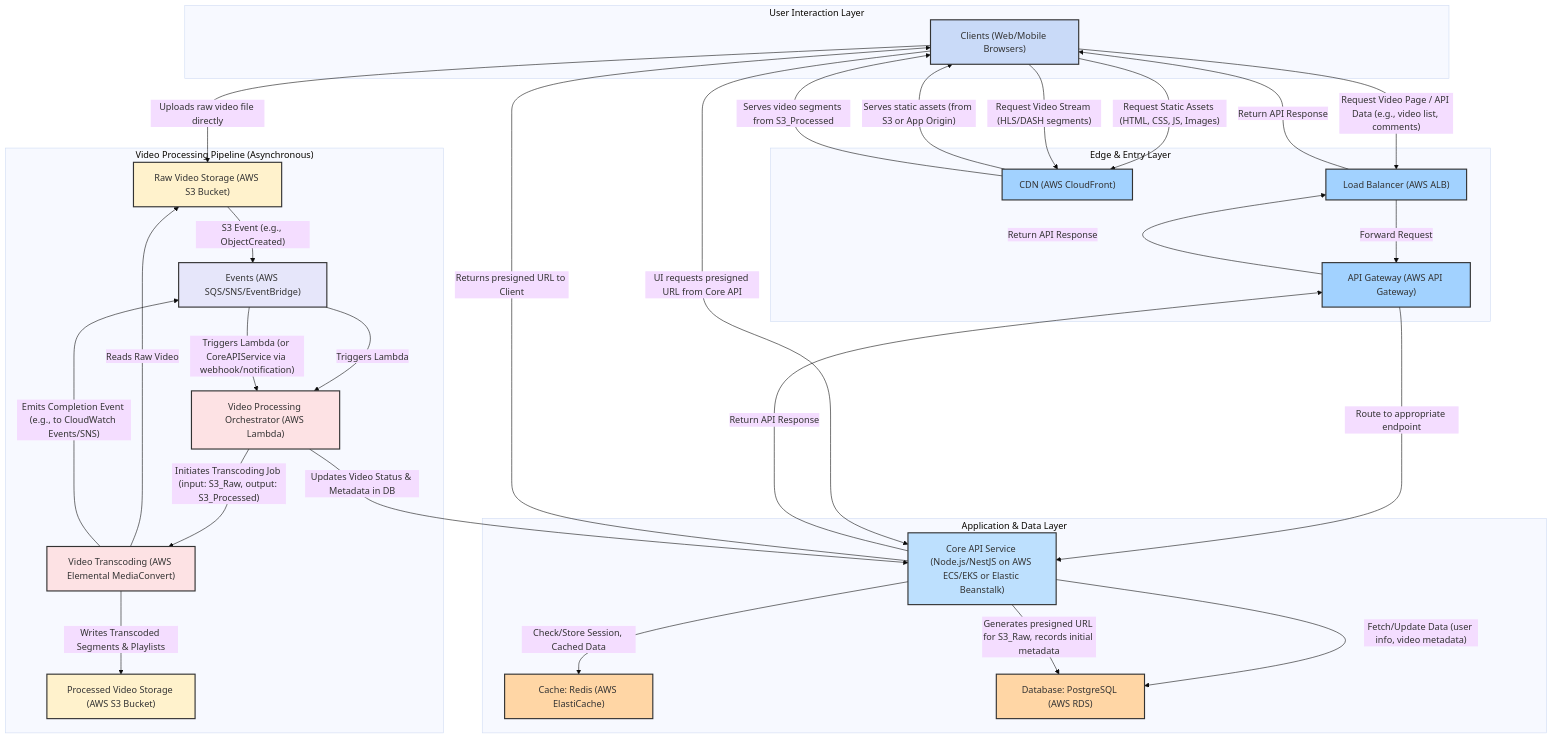
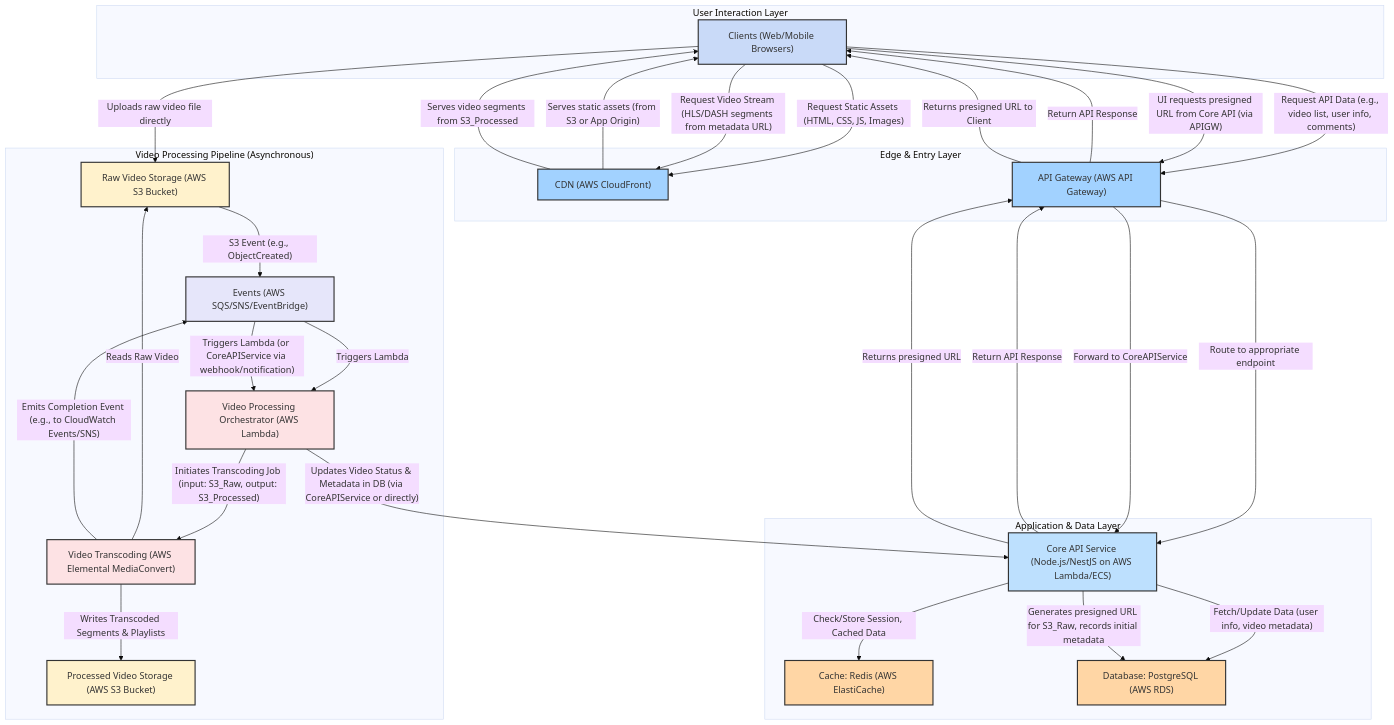
Before and after one commit to markjtang/system-design-assessment: the diagram in system-design.mmd, drawn with Mermaid (base theme).

Commit message:
removed Load balancer from design

```diff
--- a/system-design.mmd
+++ b/system-design.mmd
@@ -1,73 +1,73 @@
 graph TD
     subgraph "User Interaction Layer"
         Client["Clients (Web/Mobile Browsers)"]
     end
 
     subgraph "Edge & Entry Layer"
         CDN["CDN (AWS CloudFront)"]
-        LB["Load Balancer (AWS ALB)"]
         APIGW["API Gateway (AWS API Gateway)"]
     end
 
     subgraph "Application & Data Layer"
-        CoreAPIService["Core API Service (Node.js/NestJS on AWS ECS/EKS or Elastic Beanstalk)"]
+        CoreAPIService["Core API Service (Node.js/NestJS on AWS Lambda/ECS)"]
         Cache["Cache: Redis (AWS ElastiCache)"]
         DB["Database: PostgreSQL (AWS RDS)"]
     end
 
     subgraph "Video Processing Pipeline (Asynchronous)"
         S3_Raw["Raw Video Storage (AWS S3 Bucket)"]
         S3_Processed["Processed Video Storage (AWS S3 Bucket)"]
         VideoProcessingOrchestrator["Video Processing Orchestrator (AWS Lambda)"]
         MediaConvertService["Video Transcoding (AWS Elemental MediaConvert)"]
         ProcessingEvents["Events (AWS SQS/SNS/EventBridge)"]
     end
 
 %% --- Core User Flows (Viewing & Interaction) ---
-    Client -- "Request Video Page / API Data (e.g., video list, comments)" --> LB
-    LB -- "Forward Request" --> APIGW
+    Client -- "Request API Data (e.g., video list, user info, comments)" --> APIGW
     APIGW -- "Route to appropriate endpoint" --> CoreAPIService
 
     CoreAPIService -- "Fetch/Update Data (user info, video metadata)" --> DB
     CoreAPIService -- "Check/Store Session, Cached Data" --> Cache
     CoreAPIService -- "Return API Response" --> APIGW
-    APIGW -- "Return API Response" --> LB
-    LB -- "Return API Response" --> Client
+    APIGW -- "Return API Response" --> Client
 
     Client -- "Request Static Assets (HTML, CSS, JS, Images)" --> CDN
-    Client -- "Request Video Stream (HLS/DASH segments)" --> CDN
+    Client -- "Request Video Stream (HLS/DASH segments from metadata URL)" --> CDN
     CDN -- "Serves static assets (from S3 or App Origin)" --> Client
     CDN -- "Serves video segments from S3_Processed" --> Client
+%% API Gateway could also be an origin for CDN for API caching
 
 %% --- Video Upload & Processing Flow ---
-    Client -- "UI requests presigned URL from Core API" --> CoreAPIService
+    Client -- "UI requests presigned URL from Core API (via APIGW)" --> APIGW
+    APIGW -- "Forward to CoreAPIService" --> CoreAPIService
     CoreAPIService -- "Generates presigned URL for S3_Raw, records initial metadata" --> DB
-    CoreAPIService -- "Returns presigned URL to Client" --> Client
+    CoreAPIService -- "Returns presigned URL" --> APIGW
+    APIGW -- "Returns presigned URL to Client" --> Client
     Client -- "Uploads raw video file directly" --> S3_Raw
 
     S3_Raw -- "S3 Event (e.g., ObjectCreated)" --> ProcessingEvents
     ProcessingEvents -- "Triggers Lambda" --> VideoProcessingOrchestrator
     VideoProcessingOrchestrator -- "Initiates Transcoding Job (input: S3_Raw, output: S3_Processed)" --> MediaConvertService
     MediaConvertService -- "Reads Raw Video" --> S3_Raw
     MediaConvertService -- "Writes Transcoded Segments & Playlists" --> S3_Processed
     MediaConvertService -- "Emits Completion Event (e.g., to CloudWatch Events/SNS)" --> ProcessingEvents
     ProcessingEvents -- "Triggers Lambda (or CoreAPIService via webhook/notification)" --> VideoProcessingOrchestrator
-    VideoProcessingOrchestrator -- "Updates Video Status & Metadata in DB" --> CoreAPIService
+    VideoProcessingOrchestrator -- "Updates Video Status & Metadata in DB (via CoreAPIService or directly)" --> CoreAPIService
 %% Or directly updates DB if IAM permissions allow and logic is simple
 
 %% --- Styling (Optional, for better visual separation) ---
     classDef client fill:#C9DAF8,stroke:#333,stroke-width:2px;
     classDef edge fill:#A2D2FF,stroke:#333,stroke-width:2px;
     classDef app fill:#BDE0FE,stroke:#333,stroke-width:2px;
     classDef data fill:#FFD6A5,stroke:#333,stroke-width:2px;
     classDef pipeline fill:#FDE2E4,stroke:#333,stroke-width:2px;
     classDef storage fill:#FFF2CC,stroke:#333,stroke-width:2px;
     classDef eventbus fill:#E6E6FA,stroke:#333,stroke-width:2px;
 
     class Client client;
-    class CDN,LB,APIGW edge;
+    class CDN,APIGW edge;
     class CoreAPIService app;
     class Cache,DB data;
     class S3_Raw,S3_Processed storage;
     class VideoProcessingOrchestrator,MediaConvertService pipeline;
     class ProcessingEvents eventbus;
```
